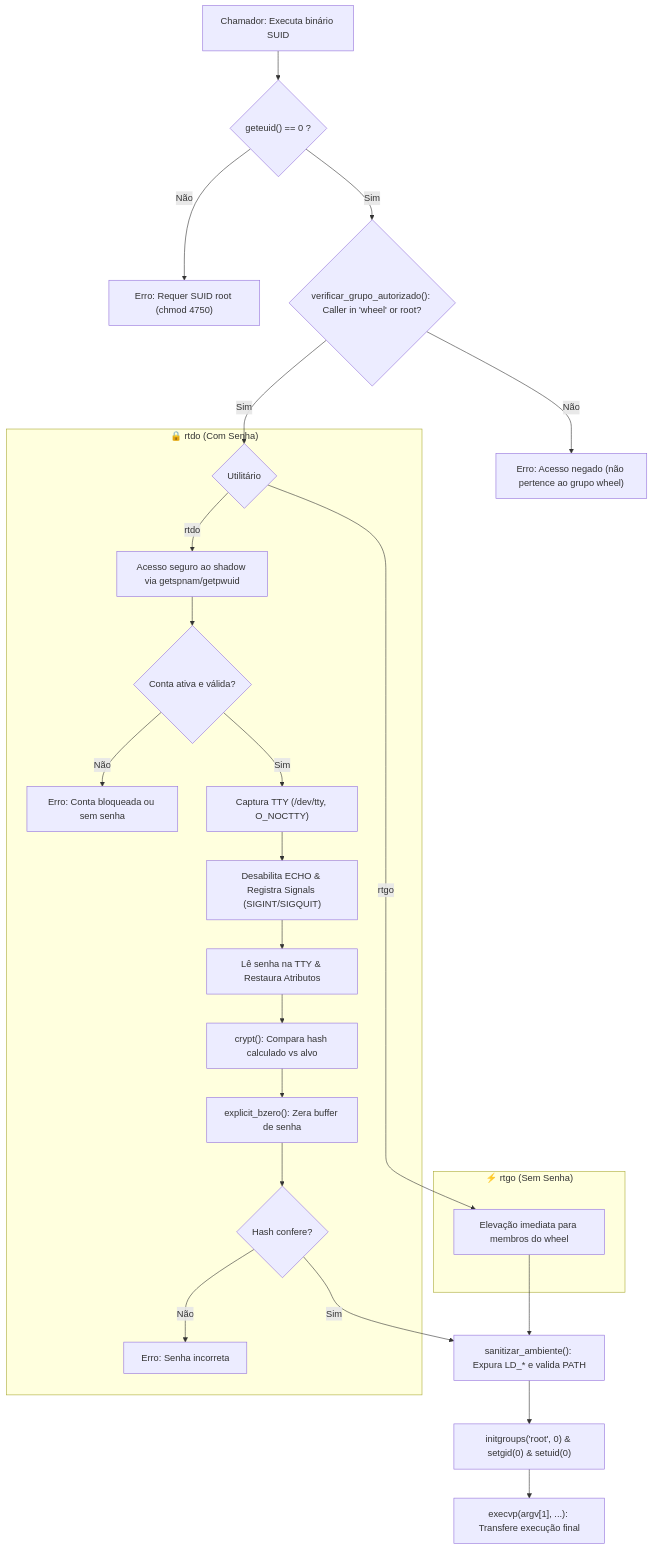
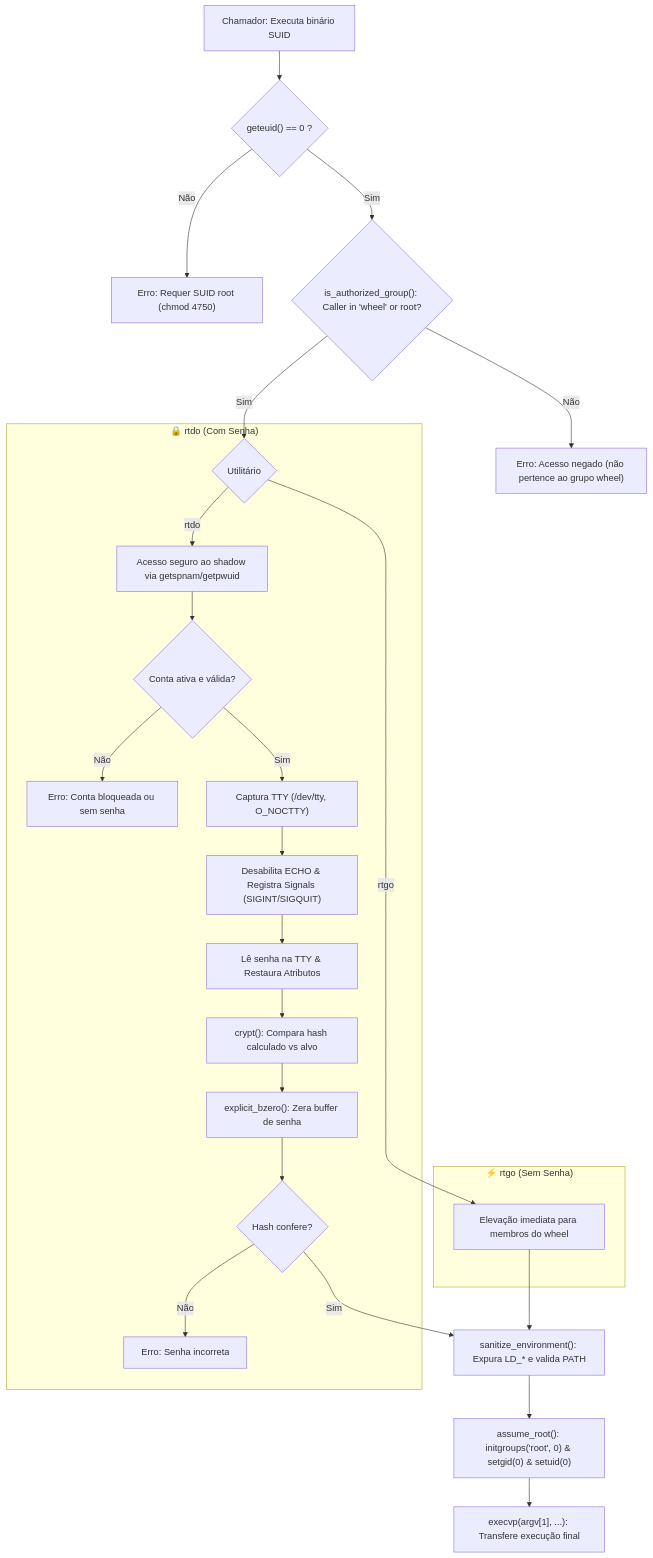
Before and after one commit to GabrielFrigo4/core-posix: the diagram in docs/ARCHITECTURE.md, drawn with Mermaid. The commit also changed 5 other files, not shown here.

````diff
--- a/docs/ARCHITECTURE.md
+++ b/docs/ARCHITECTURE.md
@@ -9,30 +9,30 @@
 ```mermaid
 flowchart TD
     A["Chamador: Executa binário SUID"] --> B{"geteuid() == 0 ?"}
     B -- Não --> B1["Erro: Requer SUID root (chmod 4750)"]
-    B -- Sim --> C{"verificar_grupo_autorizado(): Caller in 'wheel' or root?"}
+    B -- Sim --> C{"is_authorized_group(): Caller in 'wheel' or root?"}
     C -- Não --> C1["Erro: Acesso negado (não pertence ao grupo wheel)"]
     C -- Sim --> D{"Utilitário"}
 
     subgraph RTDO_FLOW ["🔒 rtdo (Com Senha)"]
         D -- rtdo --> E["Acesso seguro ao shadow via getspnam/getpwuid"]
         E --> F{"Conta ativa e válida?"}
         F -- Não --> F1["Erro: Conta bloqueada ou sem senha"]
         F -- Sim --> G["Captura TTY (/dev/tty, O_NOCTTY)"]
         G --> H["Desabilita ECHO & Registra Signals (SIGINT/SIGQUIT)"]
         H --> I["Lê senha na TTY & Restaura Atributos"]
         I --> J["crypt(): Compara hash calculado vs alvo"]
         J --> K["explicit_bzero(): Zera buffer de senha"]
         K --> L{"Hash confere?"}
         L -- Não --> L1["Erro: Senha incorreta"]
     end
 
     subgraph RTGO_FLOW ["⚡ rtgo (Sem Senha)"]
         D -- rtgo --> M["Elevação imediata para membros do wheel"]
     end
 
-    L -- Sim --> N["sanitizar_ambiente(): Expura LD_* e valida PATH"]
+    L -- Sim --> N["sanitize_environment(): Expura LD_* e valida PATH"]
     M --> N
-    N --> O["initgroups('root', 0) & setgid(0) & setuid(0)"]
+    N --> O["assume_root(): initgroups('root', 0) & setgid(0) & setuid(0)"]
     O --> P["execvp(argv[1], ...): Transfere execução final"]
 ```
````
